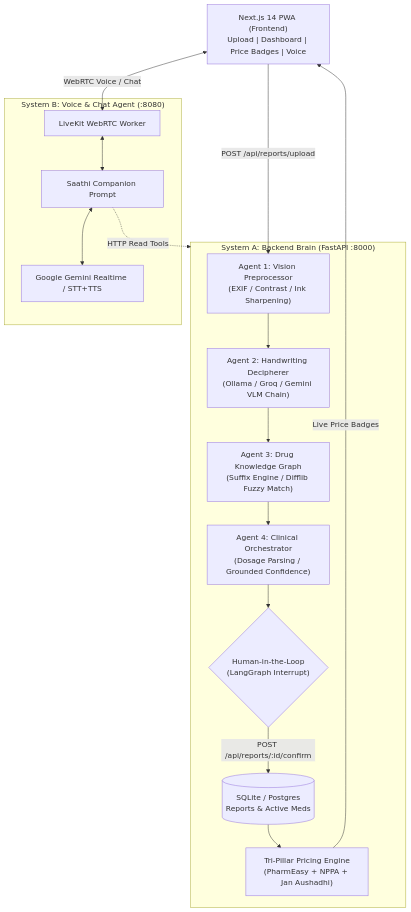
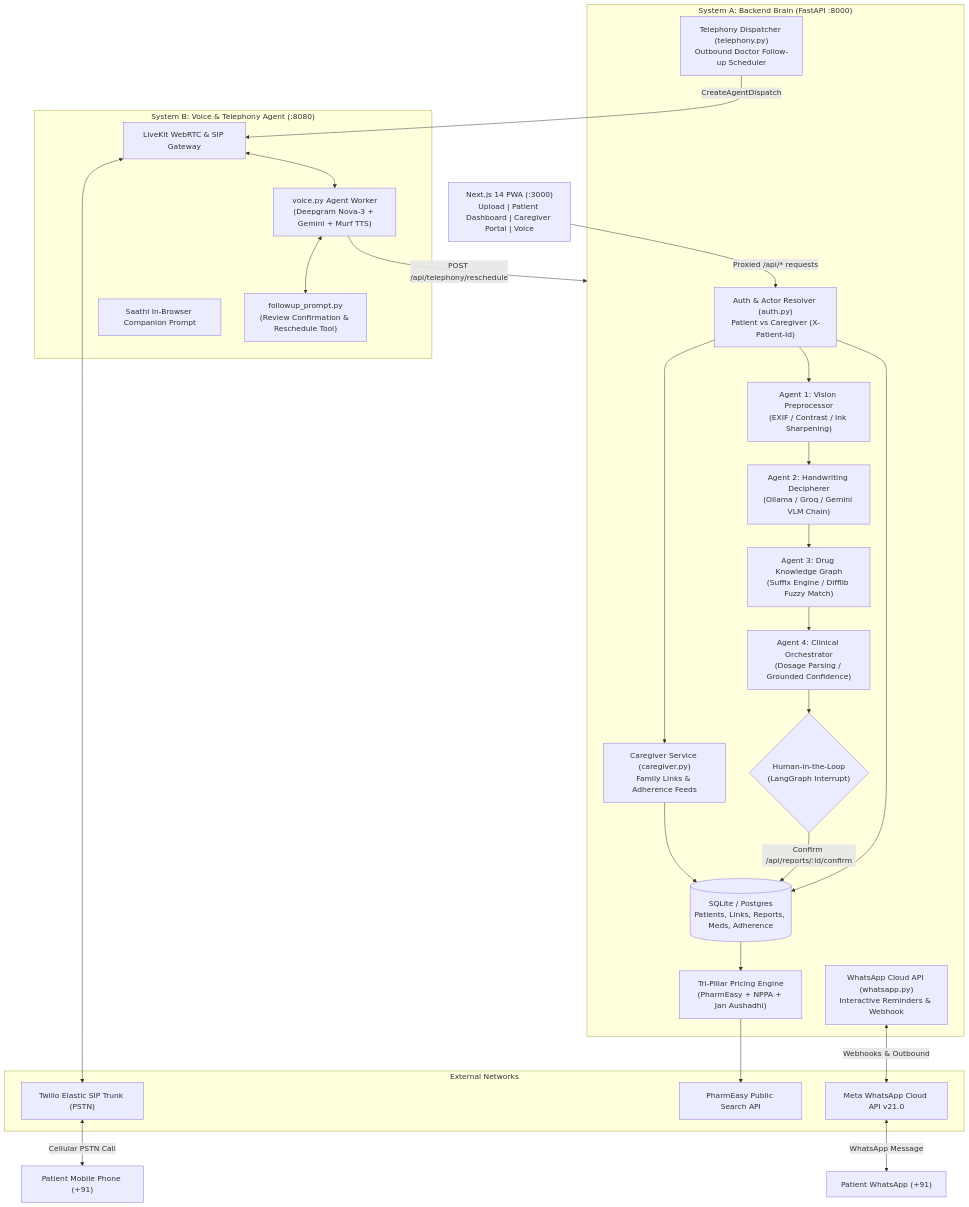
Before and after one commit to HarshitD0501/Aayogya: the first of 6 diagrams in README.md, drawn with Mermaid. The commit also changed other lines of this file and 2 other files, not shown here.

Commit message:
docs: update README with caregiver, telephony, and WhatsApp architecture details

````diff
--- a/README.md
+++ b/README.md
@@ -25,29 +26,45 @@
 ```mermaid
 graph TD
-    Client["Next.js 14 PWA (Frontend)<br/>Upload | Dashboard | Price Badges | Voice"]
+    Client["Next.js 14 PWA (:3000)<br/>Upload | Patient Dashboard | Caregiver Portal | Voice"]
     
     subgraph SystemA ["System A: Backend Brain (FastAPI :8000)"]
+        Auth["Auth & Actor Resolver (auth.py)<br/>Patient vs Caregiver (X-Patient-Id)"]
         Preproc["Agent 1: Vision Preprocessor<br/>(EXIF / Contrast / Ink Sharpening)"]
         Decipher["Agent 2: Handwriting Decipherer<br/>(Ollama / Groq / Gemini VLM Chain)"]
         DrugKG["Agent 3: Drug Knowledge Graph<br/>(Suffix Engine / Difflib Fuzzy Match)"]
         ValOrch["Agent 4: Clinical Orchestrator<br/>(Dosage Parsing / Grounded Confidence)"]
         HITL{"Human-in-the-Loop<br/>(LangGraph Interrupt)"}
         Prices["Tri-Pillar Pricing Engine<br/>(PharmEasy + NPPA + Jan Aushadhi)"]
-        DB[(SQLite / Postgres<br/>Reports & Active Meds)]
+        Caregiver["Caregiver Service (caregiver.py)<br/>Family Links & Adherence Feeds"]
+        TelephonySvc["Telephony Dispatcher (telephony.py)<br/>Outbound Doctor Follow-up Scheduler"]
+        WASvc["WhatsApp Cloud API (whatsapp.py)<br/>Interactive Reminders & Webhook"]
+        DB[(SQLite / Postgres<br/>Patients, Links, Reports, Meds, Adherence)]
     end
 
-    subgraph SystemB ["System B: Voice & Chat Agent (:8080)"]
-        LiveKit["LiveKit WebRTC Worker"]
-        GeminiVoice["Google Gemini Realtime / STT+TTS"]
-        Saathi["Saathi Companion Prompt"]
+    subgraph SystemB ["System B: Voice & Telephony Agent (:8080)"]
+        LiveKit["LiveKit WebRTC & SIP Gateway"]
+        VoiceWorker["voice.py Agent Worker<br/>(Deepgram Nova-3 + Gemini + Murf TTS)"]
+        FollowupBrain["followup_prompt.py<br/>(Review Confirmation & Reschedule Tool)"]
+        Saathi["Saathi In-Browser Companion Prompt"]
     end
 
-    Client -->|POST /api/reports/upload| Preproc
+    subgraph External ["External Networks"]
+        TwilioTrunk["Twilio Elastic SIP Trunk (PSTN)"]
+        MetaCloud["Meta WhatsApp Cloud API v21.0"]
+        PharmEasy["PharmEasy Public Search API"]
+    end
+
+    Client -->|Proxied /api/* requests| Auth
+    Auth --> Caregiver & Preproc & DB
     Preproc --> Decipher --> DrugKG --> ValOrch --> HITL
-    HITL -->|POST /api/reports/:id/confirm| DB
-    DB --> Prices
-    Prices -->|Live Price Badges| Client
-    Client <-->|WebRTC Voice / Chat| LiveKit
-    LiveKit <--> Saathi <--> GeminiVoice
-    Saathi -.->|HTTP Read Tools| SystemA
+    HITL -->|Confirm /api/reports/:id/confirm| DB
+    DB --> Prices --> PharmEasy
+    Caregiver --> DB
+    TelephonySvc -->|CreateAgentDispatch| LiveKit
+    WASvc <-->|Webhooks & Outbound| MetaCloud
+    LiveKit <--> TwilioTrunk
+    TwilioTrunk <-->|Cellular PSTN Call| PatientPhone["Patient Mobile Phone (+91)"]
+    MetaCloud <-->|WhatsApp Message| PatientWA["Patient WhatsApp (+91)"]
+    LiveKit <--> VoiceWorker <--> FollowupBrain
+    VoiceWorker -->|POST /api/telephony/reschedule| SystemA
 ```
````
